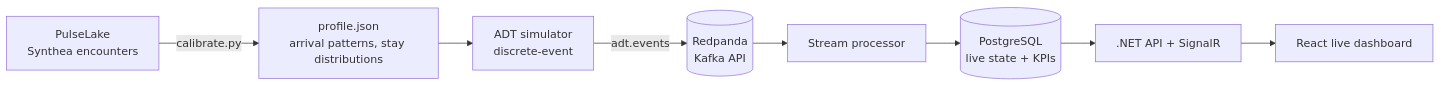
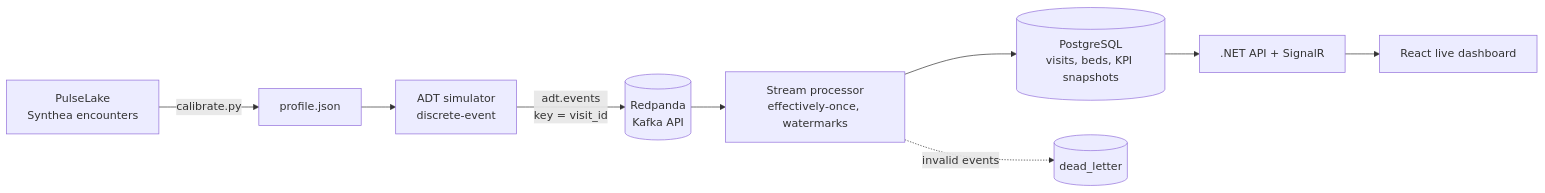
One commit to mcorthudayi/wardflow changed the diagram in README.md. Above: the diagram before and after it, drawn with Mermaid. The commit also changed other lines of this file and 9 other files, not shown here.

Commit message:
feat: phase 2 — effectively-once stream processor, event-time watermarks, dead-letter handling

````diff
--- a/README.md
+++ b/README.md
@@ -11,10 +11,11 @@
 ```mermaid
 flowchart LR
-  P[PulseLake<br/>Synthea encounters] -->|calibrate.py| J[profile.json<br/>arrival patterns, stay distributions]
+  P[PulseLake<br/>Synthea encounters] -->|calibrate.py| J[profile.json]
   J --> S[ADT simulator<br/>discrete-event]
-  S -->|adt.events| K[(Redpanda<br/>Kafka API)]
-  K --> C[Stream processor]
-  C --> D[(PostgreSQL<br/>live state + KPIs)]
+  S -->|adt.events<br/>key = visit_id| K[(Redpanda<br/>Kafka API)]
+  K --> C[Stream processor<br/>effectively-once, watermarks]
+  C --> D[(PostgreSQL<br/>visits, beds, KPI snapshots)]
+  C -.invalid events.-> Q[(dead_letter)]
   D --> A[.NET API + SignalR]
   A --> W[React live dashboard]
 ```
````
